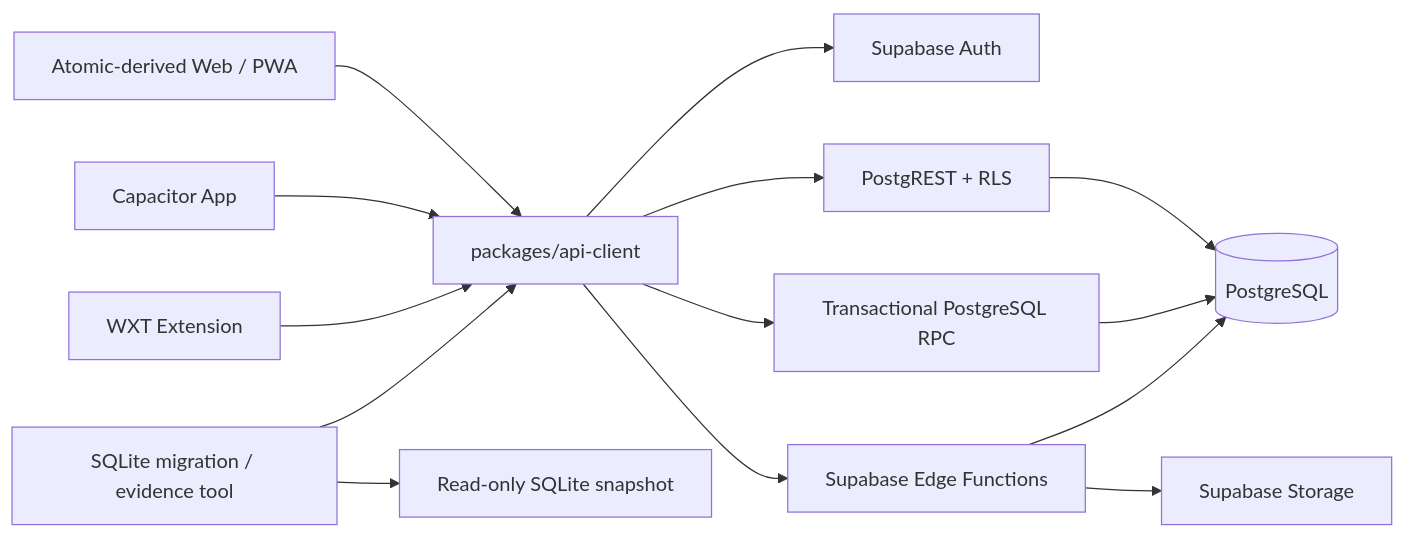
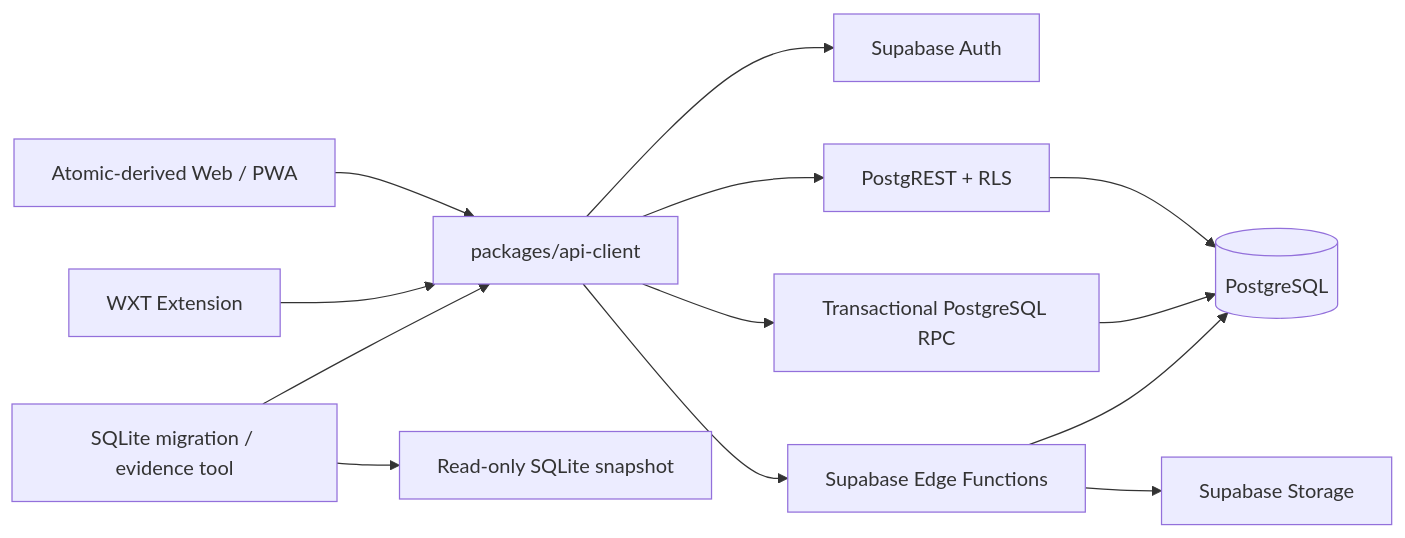
One commit to round123/dealpilot changed the diagram in docs/cloud-multiplatform-refactor-plan.md. Above: the diagram before and after it, drawn with Mermaid. The commit also changed other lines of this file and 157 other files, not shown here.

````diff
--- a/docs/cloud-multiplatform-refactor-plan.md
+++ b/docs/cloud-multiplatform-refactor-plan.md
@@ -84,16 +83,15 @@
 ```mermaid
 flowchart LR
     WEB["Atomic-derived Web / PWA"] --> CLIENT["packages/api-client"]
-    MOBILE["Capacitor App"] --> CLIENT
     EXT["WXT Extension"] --> CLIENT
     MIG["SQLite migration / evidence tool"] --> CLIENT
     MIG --> SNAP["Read-only SQLite snapshot"]
     CLIENT --> AUTH["Supabase Auth"]
     CLIENT --> REST["PostgREST + RLS"]
     CLIENT --> RPC["Transactional PostgreSQL RPC"]
     CLIENT --> EDGE["Supabase Edge Functions"]
     REST --> PG[(PostgreSQL)]
     RPC --> PG
     EDGE --> PG
     EDGE --> STORAGE["Supabase Storage"]
 ```
````
